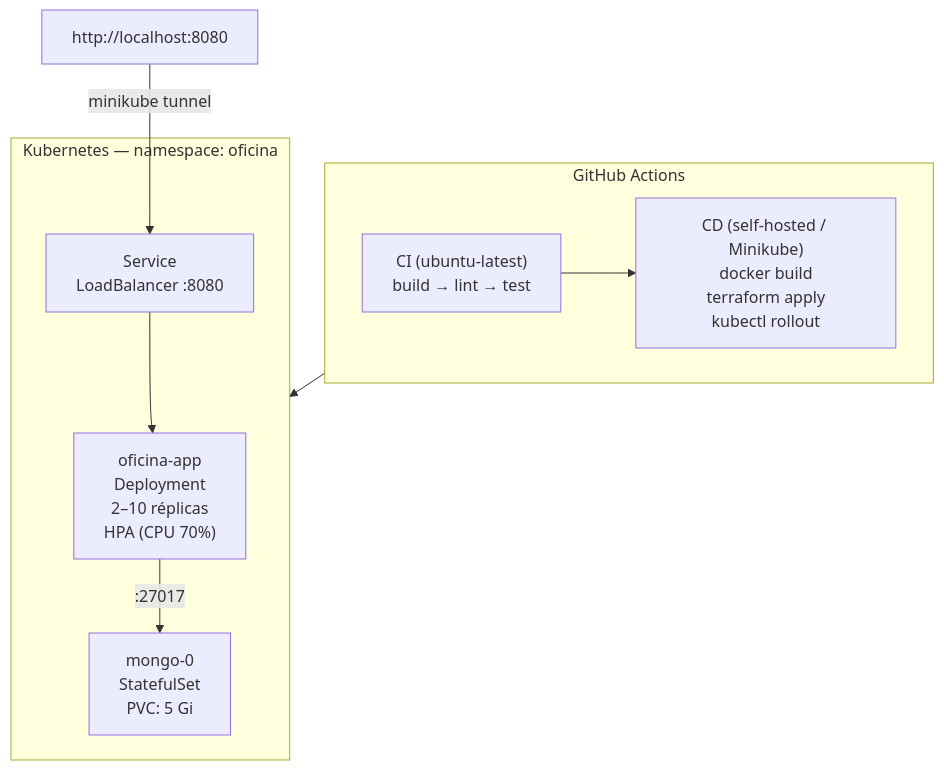
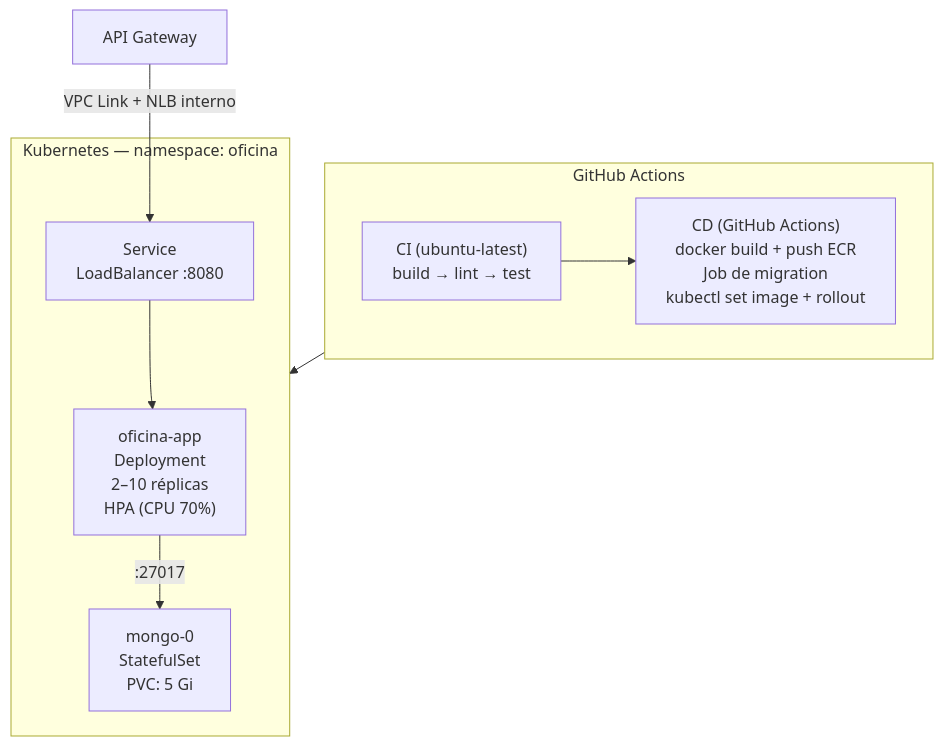
Before and after one commit to diandria/fiap-tech-challenge: the diagram in README.md, drawn with Mermaid. The commit also changed other lines of this file and 12 other files, not shown here.

````diff
--- a/README.md
+++ b/README.md
@@ -49,19 +49,19 @@
 ```mermaid
 flowchart TB
     subgraph gha["GitHub Actions"]
         ci["CI (ubuntu-latest)\nbuild → lint → test"]
-        cd["CD (self-hosted / Minikube)\ndocker build\nterraform apply\nkubectl rollout"]
+        cd["CD (GitHub Actions)\ndocker build + push ECR\nJob de migration\nkubectl set image + rollout"]
         ci --> cd
     end
 
     subgraph k8s["Kubernetes — namespace: oficina"]
         app["oficina-app\nDeployment\n2–10 réplicas\nHPA (CPU 70%)"]
         mongo["mongo-0\nStatefulSet\nPVC: 5 Gi"]
         svc["Service\nLoadBalancer :8080"]
         app -->|":27017"| mongo
         svc --> app
     end
 
     gha --> k8s
-    user["http://localhost:8080"] -->|"minikube tunnel"| svc
+    user["API Gateway"] -->|"VPC Link + NLB interno"| svc
 ```
````
